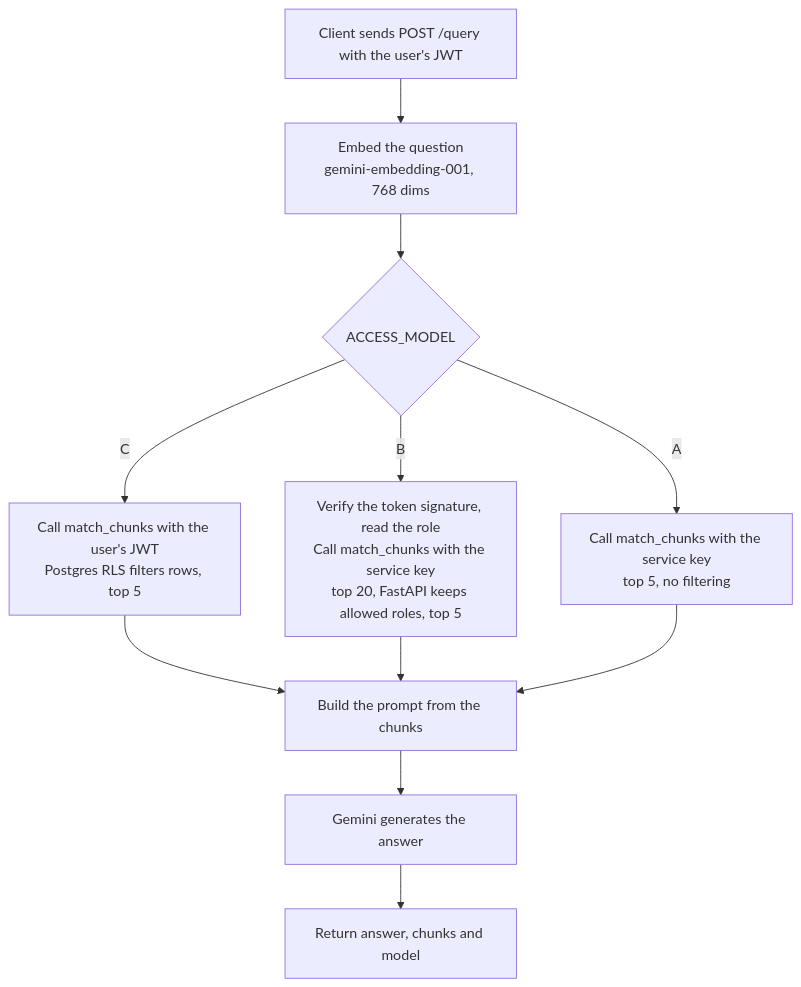
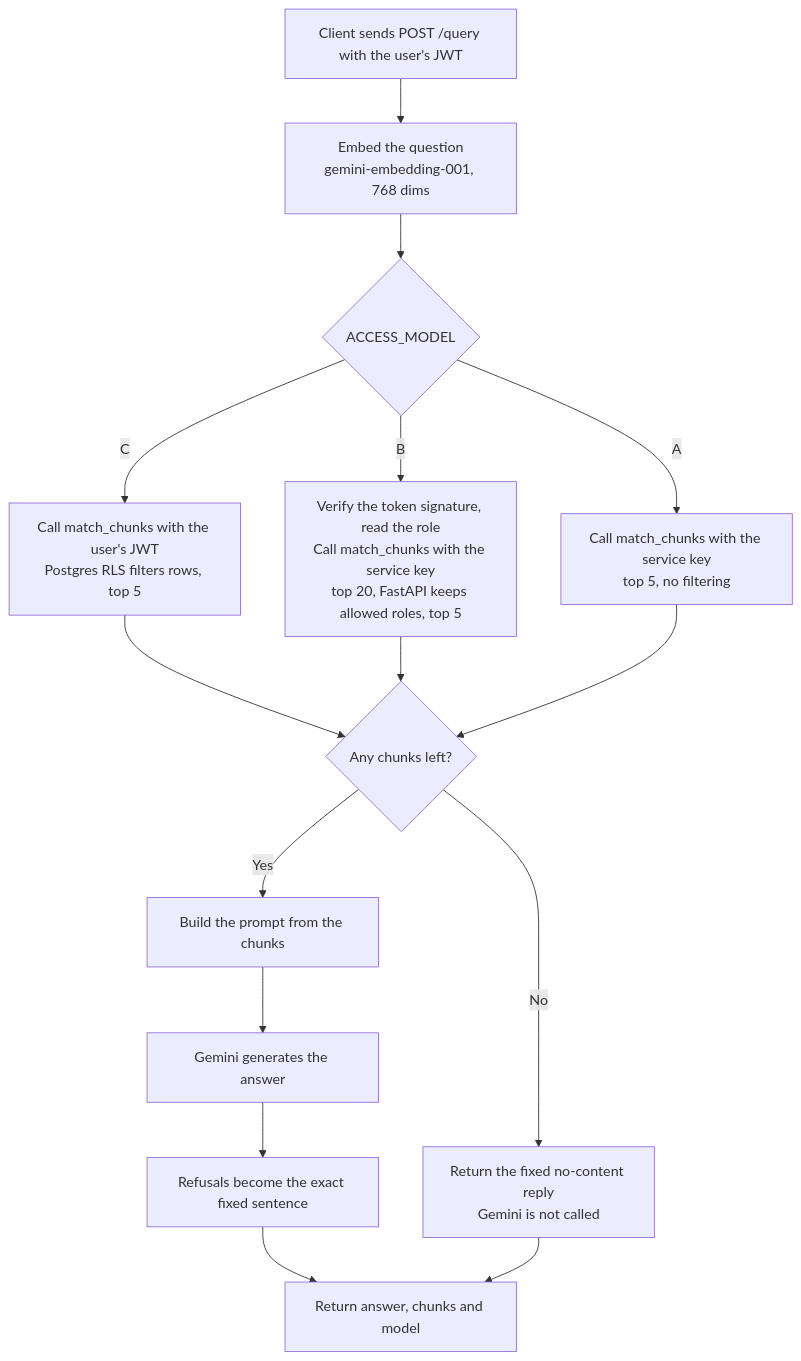
The diagram in ARCHITECTURE.md (flash-sagittario/sentra), drawn with Mermaid before and after one commit. The commit also changed other lines of this file and 3 other files, not shown here.

Commit message:
docs: update decisions, API, architecture and setup for FR-15

````diff
--- a/ARCHITECTURE.md
+++ b/ARCHITECTURE.md
@@ -76,13 +76,17 @@
 ```mermaid
 flowchart TD
     A["Client sends POST /query with the user's JWT"] --> B["Embed the question<br/>gemini-embedding-001, 768 dims"]
     B --> C{"ACCESS_MODEL"}
     C -->|"C"| D["Call match_chunks with the user's JWT<br/>Postgres RLS filters rows, top 5"]
     C -->|"B"| E["Verify the token signature, read the role<br/>Call match_chunks with the service key<br/>top 20, FastAPI keeps allowed roles, top 5"]
     C -->|"A"| F["Call match_chunks with the service key<br/>top 5, no filtering"]
-    D --> G["Build the prompt from the chunks"]
-    E --> G
-    F --> G
+    D --> J{"Any chunks left?"}
+    E --> J
+    F --> J
+    J -->|"No"| K["Return the fixed no-content reply<br/>Gemini is not called"]
+    J -->|"Yes"| G["Build the prompt from the chunks"]
     G --> H["Gemini generates the answer"]
-    H --> I["Return answer, chunks and model"]
+    H --> L["Refusals become the exact fixed sentence"]
+    L --> I["Return answer, chunks and model"]
+    K --> I
 ```
````
